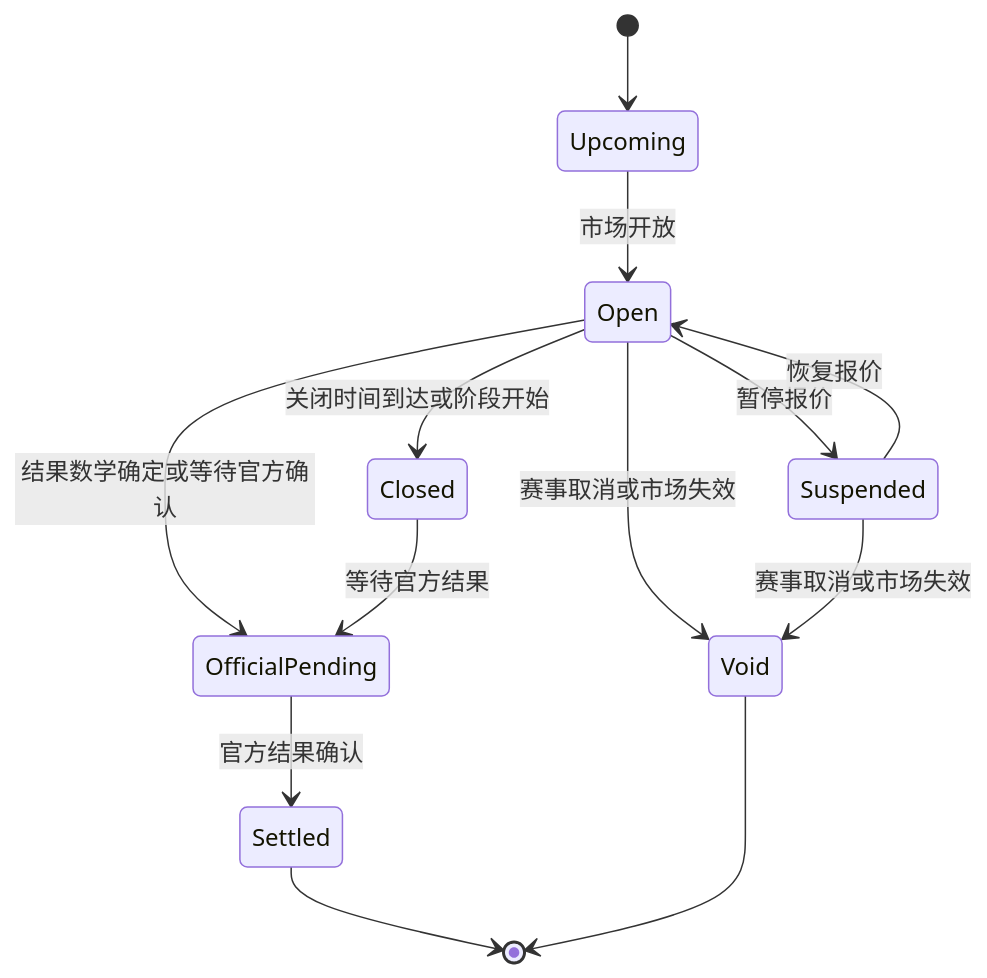
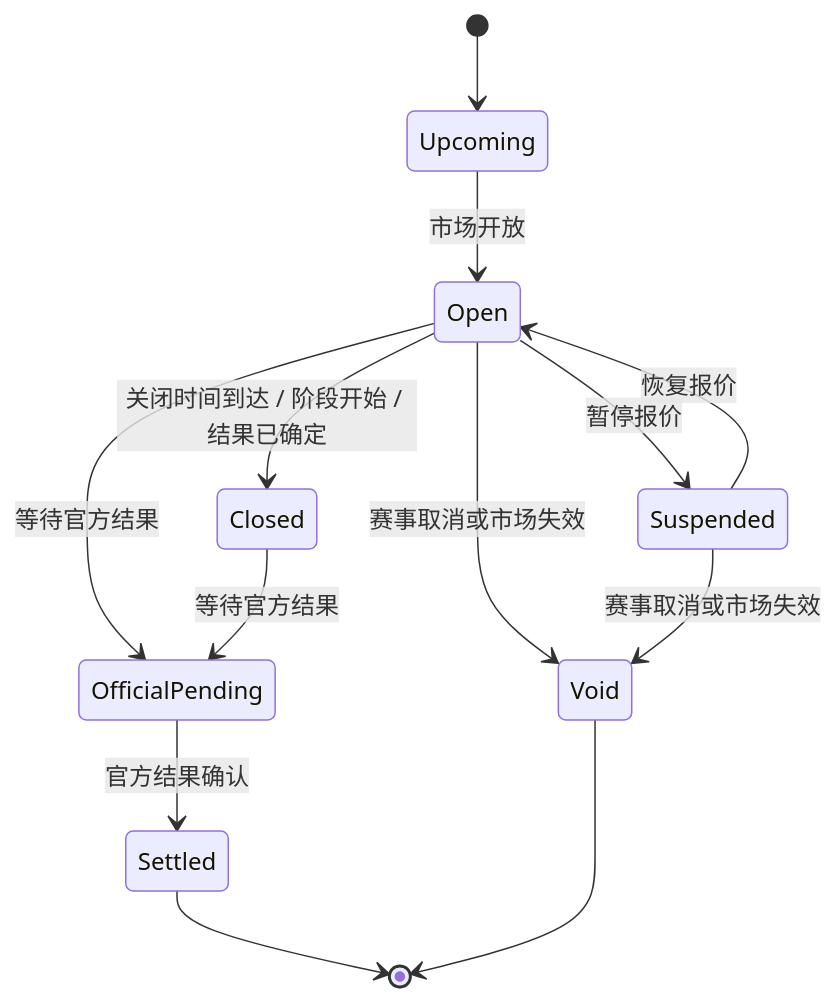
One commit to Errance/TurboFlow changed the diagram in Stake足球盘口研究/04_正式产品文档/TurboFlow足球盘口产品需求文档_v4.4.md. Above: the diagram before and after it, drawn with Mermaid. The commit also changed other lines of this file and 10 other files, not shown here.

````diff
--- a/Stake足球盘口研究/04_正式产品文档/TurboFlow足球盘口产品需求文档_v4.4.md
+++ b/Stake足球盘口研究/04_正式产品文档/TurboFlow足球盘口产品需求文档_v4.4.md
@@ -697,15 +233,15 @@
 ```mermaid
 stateDiagram-v2
   [*] --> Upcoming
   Upcoming --> Open: 市场开放
   Open --> Suspended: 暂停报价
   Suspended --> Open: 恢复报价
-  Open --> Closed: 关闭时间到达或阶段开始
-  Open --> OfficialPending: 结果数学确定或等待官方确认
+  Open --> Closed: 关闭时间到达 / 阶段开始 / 结果已确定
+  Open --> OfficialPending: 等待官方结果
   Closed --> OfficialPending: 等待官方结果
   OfficialPending --> Settled: 官方结果确认
   Open --> Void: 赛事取消或市场失效
   Suspended --> Void: 赛事取消或市场失效
   Settled --> [*]
   Void --> [*]
 ```
````
